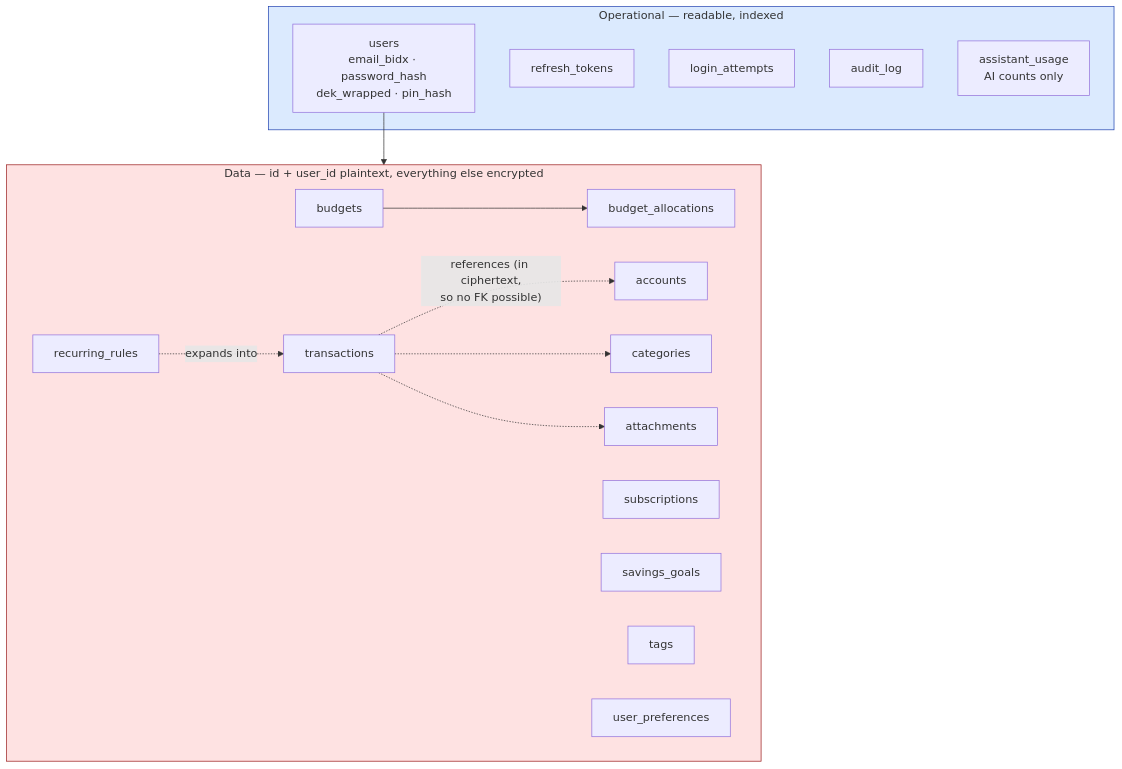
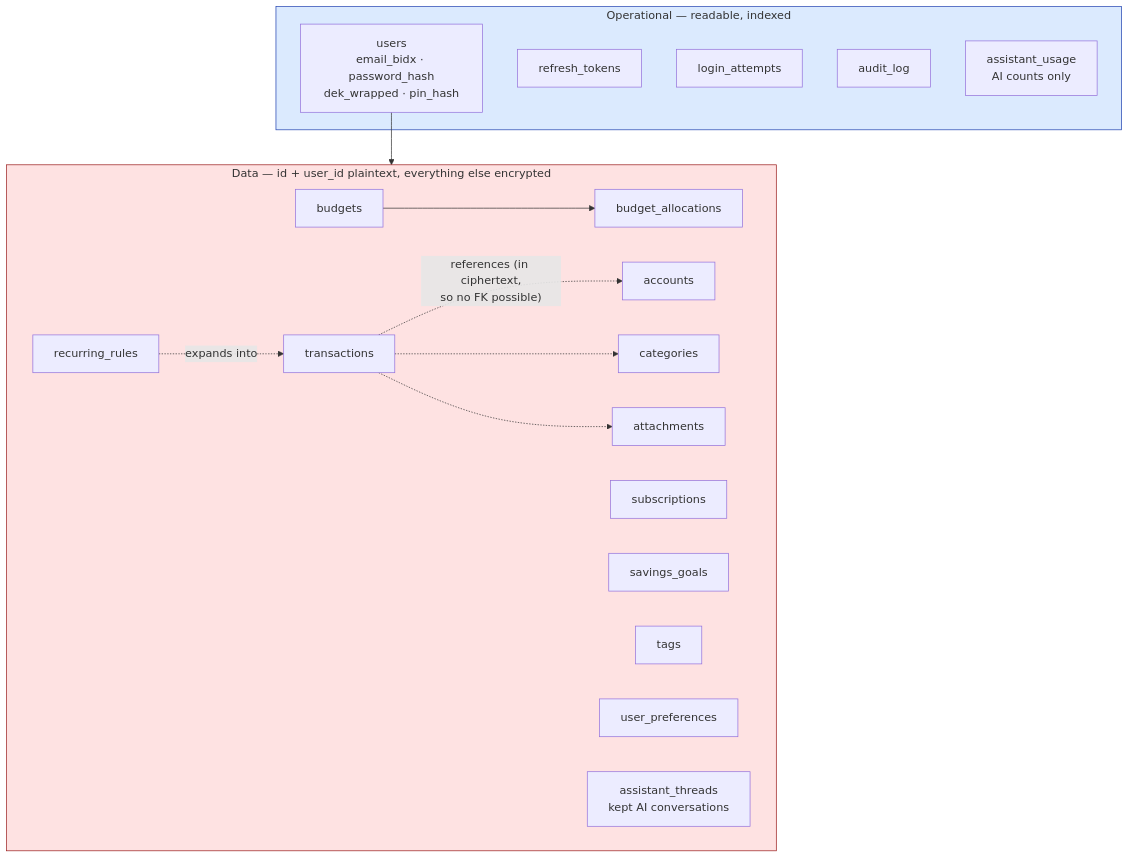
One commit to zakura1x/Budget-App changed the fifth of 14 diagrams in misc/ARCHITECTURE_OVERVIEW.md. Above: the diagram before and after it, drawn with Mermaid. The commit also changed other lines of this file and 68 other files, not shown here.

````diff
--- a/misc/ARCHITECTURE_OVERVIEW.md
+++ b/misc/ARCHITECTURE_OVERVIEW.md
@@ -150,32 +150,33 @@
 ```mermaid
 graph TD
     subgraph OPS["Operational — readable, indexed"]
         US["users<br/>email_bidx · password_hash<br/>dek_wrapped · pin_hash"]
         RT["refresh_tokens"]
         LA["login_attempts"]
         AL["audit_log"]
         AU["assistant_usage<br/>AI counts only"]
     end
 
     subgraph ENC["Data — id + user_id plaintext, everything else encrypted"]
         AC["accounts"]
         CA["categories"]
         BU["budgets"] --> BA["budget_allocations"]
         TX["transactions"]
         RR["recurring_rules"]
         SU["subscriptions"]
         SG["savings_goals"]
         TG["tags"]
         AT["attachments"]
         UP["user_preferences"]
+        TH["assistant_threads<br/>kept AI conversations"]
     end
 
     US --> ENC
     RR -.->|"expands into"| TX
     TX -.->|"references (in ciphertext,<br/>so no FK possible)"| AC
     TX -.-> CA
     TX -.-> AT
 
     style OPS fill:#dbeafe,stroke:#1e40af
     style ENC fill:#fee2e2,stroke:#991b1b
 ```
````
